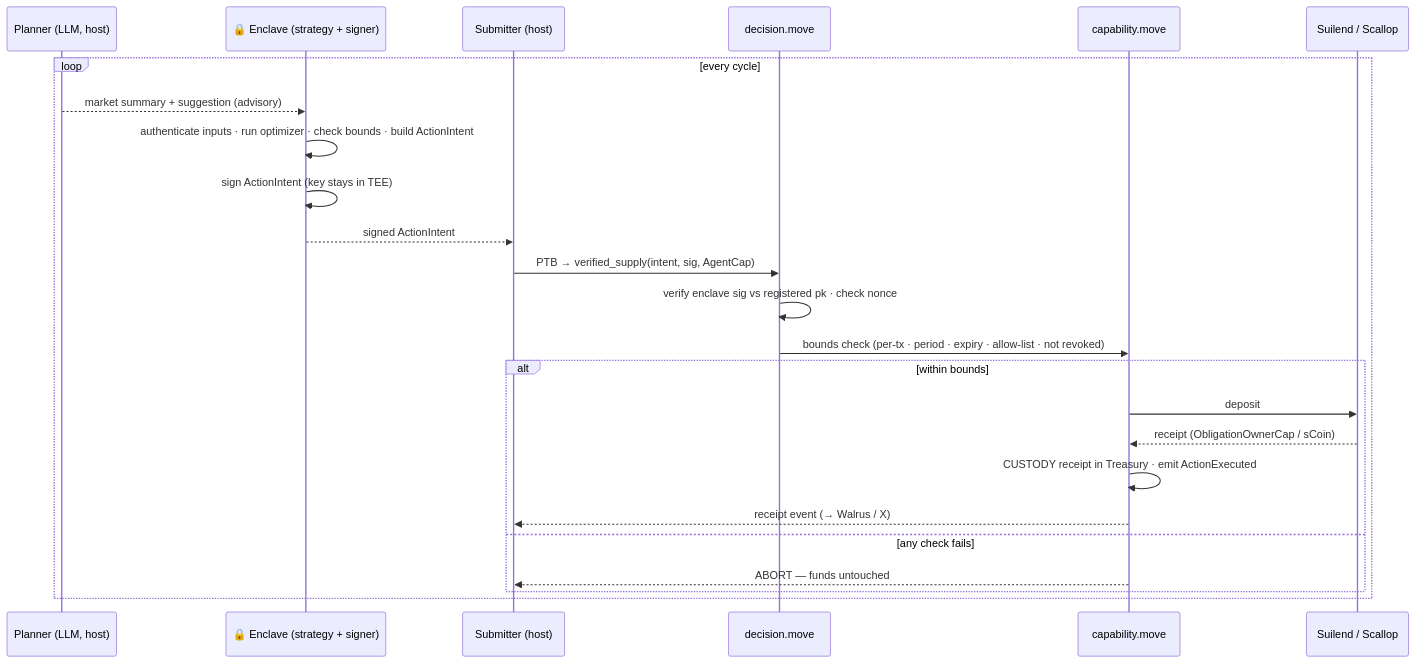
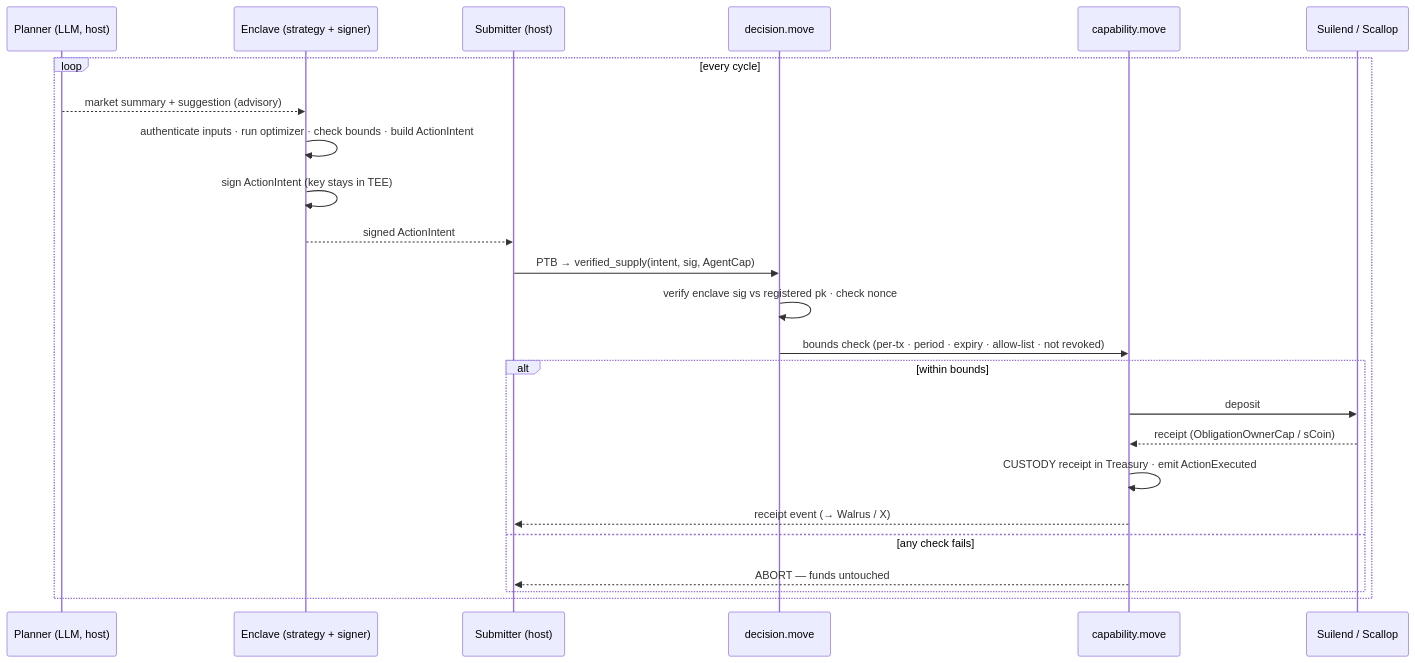
One commit to speedxgul/looping-agent changed the fifth of 9 diagrams in docs/treasury-agent-design.md. Above: the diagram before and after it, drawn with Mermaid. The commit also changed other lines of this file and 13 other files, not shown here.

````diff
--- a/docs/treasury-agent-design.md
+++ b/docs/treasury-agent-design.md
@@ -307,27 +318,27 @@
 ```mermaid
 sequenceDiagram
     participant Plan as Planner (LLM, host)
-    participant Enc as 🔒 Enclave (strategy + signer)
+    participant Enc as Enclave (strategy + signer)
     participant Sub as Submitter (host)
     participant Dec as decision.move
     participant Cap as capability.move
     participant Pool as Suilend / Scallop
 
     loop every cycle
         Plan-->>Enc: market summary + suggestion (advisory)
         Enc->>Enc: authenticate inputs · run optimizer · check bounds · build ActionIntent
         Enc->>Enc: sign ActionIntent (key stays in TEE)
         Enc-->>Sub: signed ActionIntent
         Sub->>Dec: PTB → verified_supply(intent, sig, AgentCap)
         Dec->>Dec: verify enclave sig vs registered pk · check nonce
         Dec->>Cap: bounds check (per-tx · period · expiry · allow-list · not revoked)
         alt within bounds
             Cap->>Pool: deposit
             Pool-->>Cap: receipt (ObligationOwnerCap / sCoin)
             Cap->>Cap: CUSTODY receipt in Treasury · emit ActionExecuted
             Cap-->>Sub: receipt event (→ Walrus / X)
         else any check fails
             Cap-->>Sub: ABORT — funds untouched
         end
     end
 ```
````
